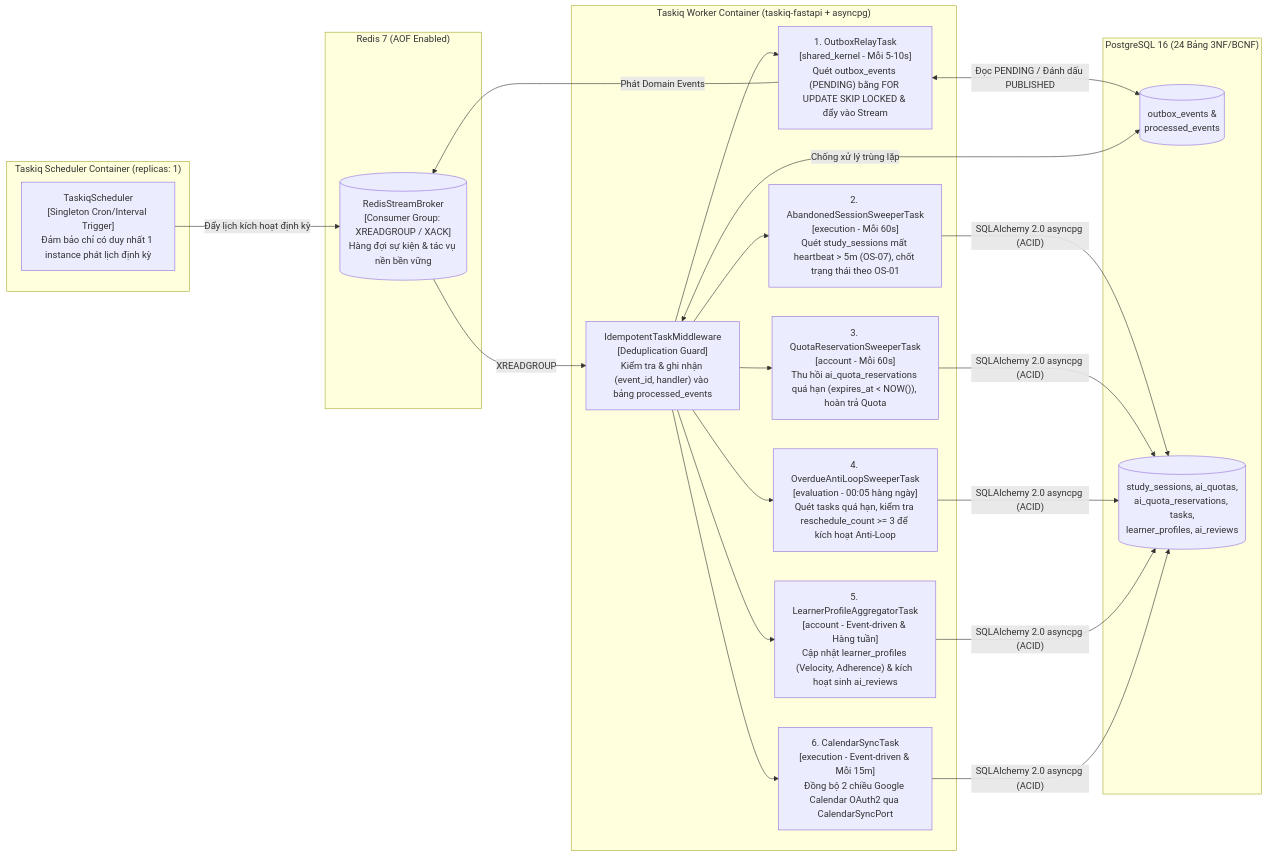
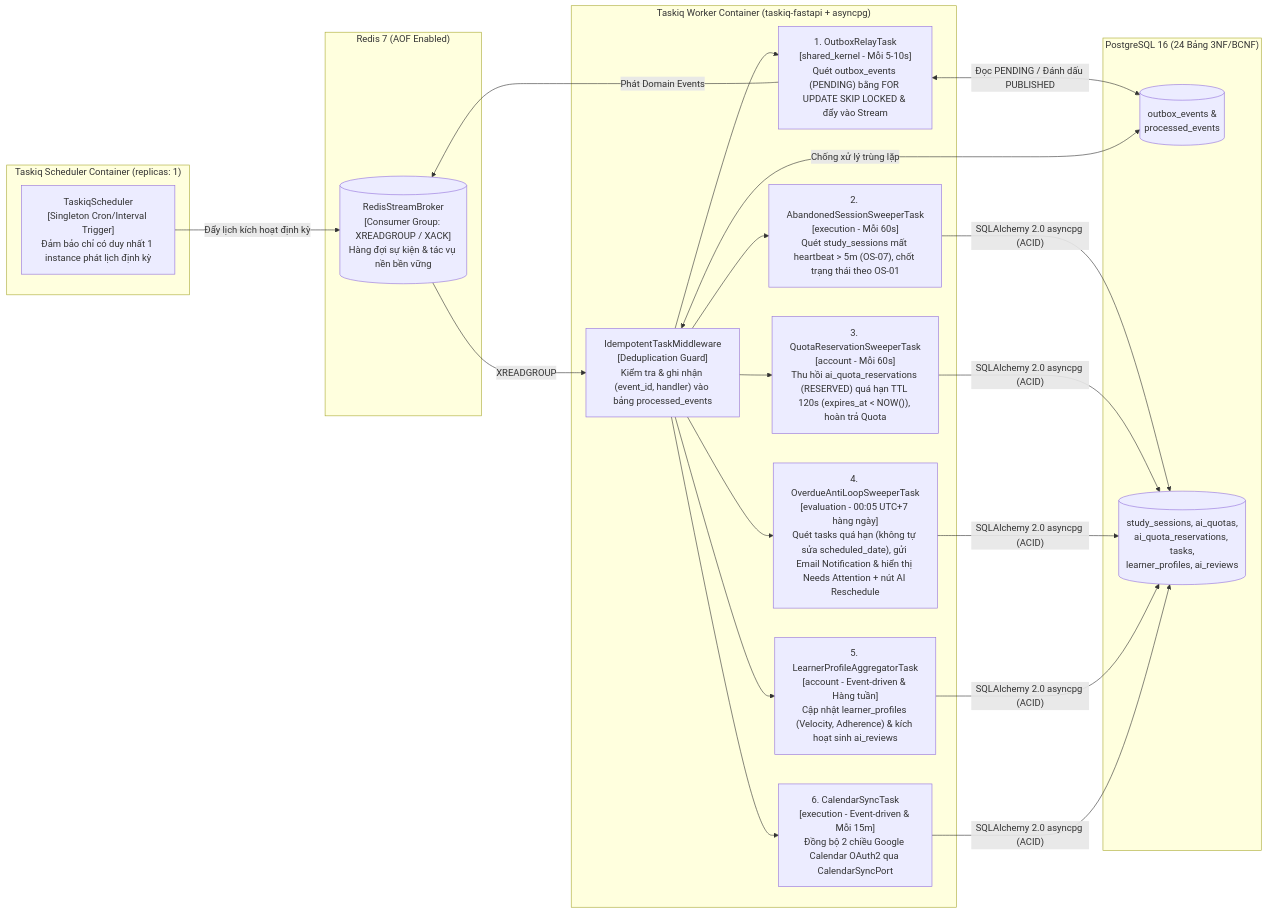
Before and after one commit to Coffat/FocusFlow: the fifth of 5 diagrams in docs/architecture/c4-model-components.md, drawn with Mermaid. The commit also changed other lines of this file and 131 other files, not shown here.

Commit message:
docs: synchronize system architecture, database schema, ADRs, and UML specifications

````diff
--- a/docs/architecture/c4-model-components.md
+++ b/docs/architecture/c4-model-components.md
@@ -261,36 +260,36 @@
 ```mermaid
 flowchart LR
     subgraph SchedulerContainer["Taskiq Scheduler Container (replicas: 1)"]
         SchedulerDaemon["TaskiqScheduler<br/>[Singleton Cron/Interval Trigger]<br/>Đảm bảo chỉ có duy nhất 1 instance phát lịch định kỳ"]
     end
 
     subgraph RedisStreams["Redis 7 (AOF Enabled)"]
         StreamBroker[("RedisStreamBroker<br/>[Consumer Group: XREADGROUP / XACK]<br/>Hàng đợi sự kiện & tác vụ nền bền vững")]
     end
 
     subgraph WorkerContainer["Taskiq Worker Container (taskiq-fastapi + asyncpg)"]
         IdempotentMW["IdempotentTaskMiddleware<br/>[Deduplication Guard]<br/>Kiểm tra & ghi nhận (event_id, handler) vào bảng processed_events"]
         
         OutboxTask["1. OutboxRelayTask<br/>[shared_kernel - Mỗi 5-10s]<br/>Quét outbox_events (PENDING) bằng FOR UPDATE SKIP LOCKED & đẩy vào Stream"]
         SessionSweepTask["2. AbandonedSessionSweeperTask<br/>[execution - Mỗi 60s]<br/>Quét study_sessions mất heartbeat > 5m (OS-07), chốt trạng thái theo OS-01"]
-        QuotaSweepTask["3. QuotaReservationSweeperTask<br/>[account - Mỗi 60s]<br/>Thu hồi ai_quota_reservations quá hạn (expires_at < NOW()), hoàn trả Quota"]
-        OverdueSweepTask["4. OverdueAntiLoopSweeperTask<br/>[evaluation - 00:05 hàng ngày]<br/>Quét tasks quá hạn, kiểm tra reschedule_count >= 3 để kích hoạt Anti-Loop"]
+        QuotaSweepTask["3. QuotaReservationSweeperTask<br/>[account - Mỗi 60s]<br/>Thu hồi ai_quota_reservations (RESERVED) quá hạn TTL 120s (expires_at < NOW()), hoàn trả Quota"]
+        OverdueSweepTask["4. OverdueAntiLoopSweeperTask<br/>[evaluation - 00:05 UTC+7 hàng ngày]<br/>Quét tasks quá hạn (không tự sửa scheduled_date), gửi Email Notification & hiển thị Needs Attention + nút AI Reschedule"]
         ProfileAggTask["5. LearnerProfileAggregatorTask<br/>[account - Event-driven & Hàng tuần]<br/>Cập nhật learner_profiles (Velocity, Adherence) & kích hoạt sinh ai_reviews"]
         CalSyncTask["6. CalendarSyncTask<br/>[execution - Event-driven & Mỗi 15m]<br/>Đồng bộ 2 chiều Google Calendar OAuth2 qua CalendarSyncPort"]
     end
 
     subgraph PGStore["PostgreSQL 16 (24 Bảng 3NF/BCNF)"]
         OutboxTables[("outbox_events &<br/>processed_events")]
         DomainTables[("study_sessions, ai_quotas,<br/>ai_quota_reservations, tasks,<br/>learner_profiles, ai_reviews")]
     end
 
     SchedulerDaemon -->|"Đẩy lịch kích hoạt định kỳ"| StreamBroker
     StreamBroker -->|"XREADGROUP"| IdempotentMW
     IdempotentMW --> OutboxTask & SessionSweepTask & QuotaSweepTask & OverdueSweepTask & ProfileAggTask & CalSyncTask
 
     OutboxTask <-->|"Đọc PENDING / Đánh dấu PUBLISHED"| OutboxTables
     OutboxTask -->|"Phát Domain Events"| StreamBroker
     IdempotentMW <-->|"Chống xử lý trùng lặp"| OutboxTables
 
     SessionSweepTask & QuotaSweepTask & OverdueSweepTask & ProfileAggTask & CalSyncTask -->|"SQLAlchemy 2.0 asyncpg (ACID)"| DomainTables
 ```
````
